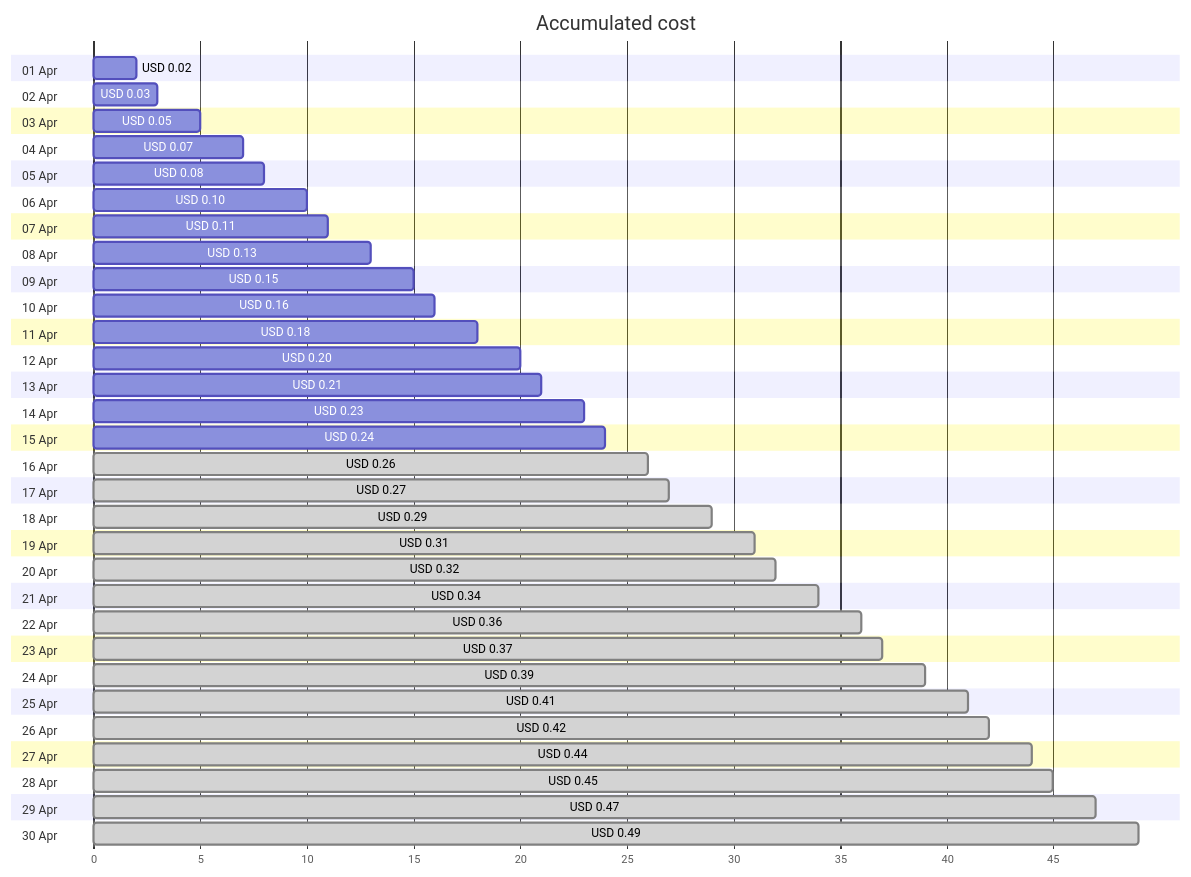
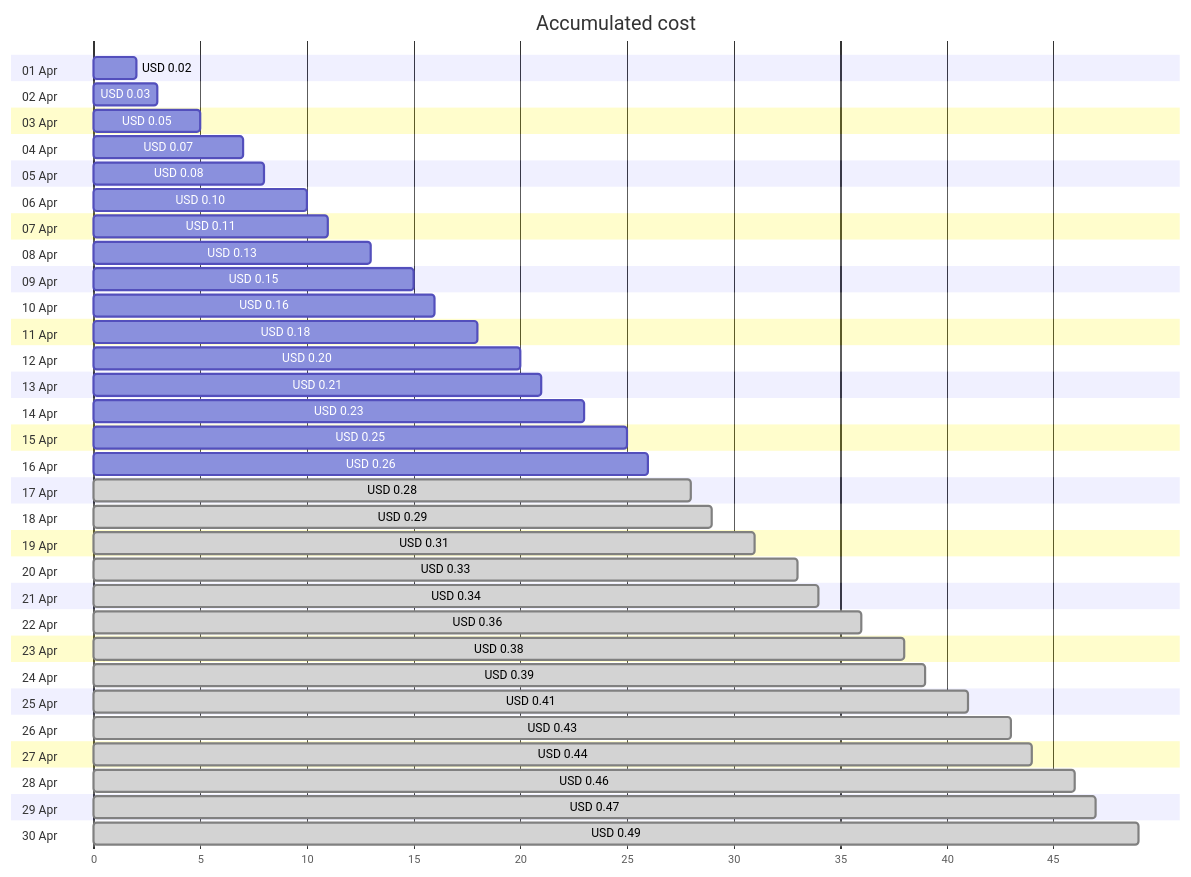
The first of 4 diagrams in cost-reports/personal-dns/jpatrickfulton.com.md (jpfulton/azure-personal-reports), drawn with Mermaid before and after one commit. The commit also changed other lines of this file and 2 other files, not shown here.

````diff
--- a/cost-reports/personal-dns/jpatrickfulton.com.md
+++ b/cost-reports/personal-dns/jpatrickfulton.com.md
@@ -20,66 +20,66 @@
 ```mermaid
 gantt
    title Accumulated cost
    dateFormat  X
    axisFormat %s
    section 01 Apr
    USD 0.02 :0, 2
    section 02 Apr
    USD 0.03 :0, 3
    section 03 Apr
    USD 0.05 :0, 5
    section 04 Apr
    USD 0.07 :0, 7
    section 05 Apr
    USD 0.08 :0, 8
    section 06 Apr
    USD 0.10 :0, 10
    section 07 Apr
    USD 0.11 :0, 11
    section 08 Apr
    USD 0.13 :0, 13
    section 09 Apr
    USD 0.15 :0, 15
    section 10 Apr
    USD 0.16 :0, 16
    section 11 Apr
    USD 0.18 :0, 18
    section 12 Apr
    USD 0.20 :0, 20
    section 13 Apr
    USD 0.21 :0, 21
    section 14 Apr
    USD 0.23 :0, 23
    section 15 Apr
-   USD 0.24 :0, 24
+   USD 0.25 :0, 25
    section 16 Apr
-   USD 0.26 : done, 0, 26
+   USD 0.26 :0, 26
    section 17 Apr
-   USD 0.27 : done, 0, 27
+   USD 0.28 : done, 0, 28
    section 18 Apr
    USD 0.29 : done, 0, 29
    section 19 Apr
    USD 0.31 : done, 0, 31
    section 20 Apr
-   USD 0.32 : done, 0, 32
+   USD 0.33 : done, 0, 33
    section 21 Apr
    USD 0.34 : done, 0, 34
    section 22 Apr
    USD 0.36 : done, 0, 36
    section 23 Apr
-   USD 0.37 : done, 0, 37
+   USD 0.38 : done, 0, 38
    section 24 Apr
    USD 0.39 : done, 0, 39
    section 25 Apr
    USD 0.41 : done, 0, 41
    section 26 Apr
-   USD 0.42 : done, 0, 42
+   USD 0.43 : done, 0, 43
    section 27 Apr
    USD 0.44 : done, 0, 44
    section 28 Apr
-   USD 0.45 : done, 0, 45
+   USD 0.46 : done, 0, 46
    section 29 Apr
    USD 0.47 : done, 0, 47
    section 30 Apr
    USD 0.49 : done, 0, 49
 ```
````
